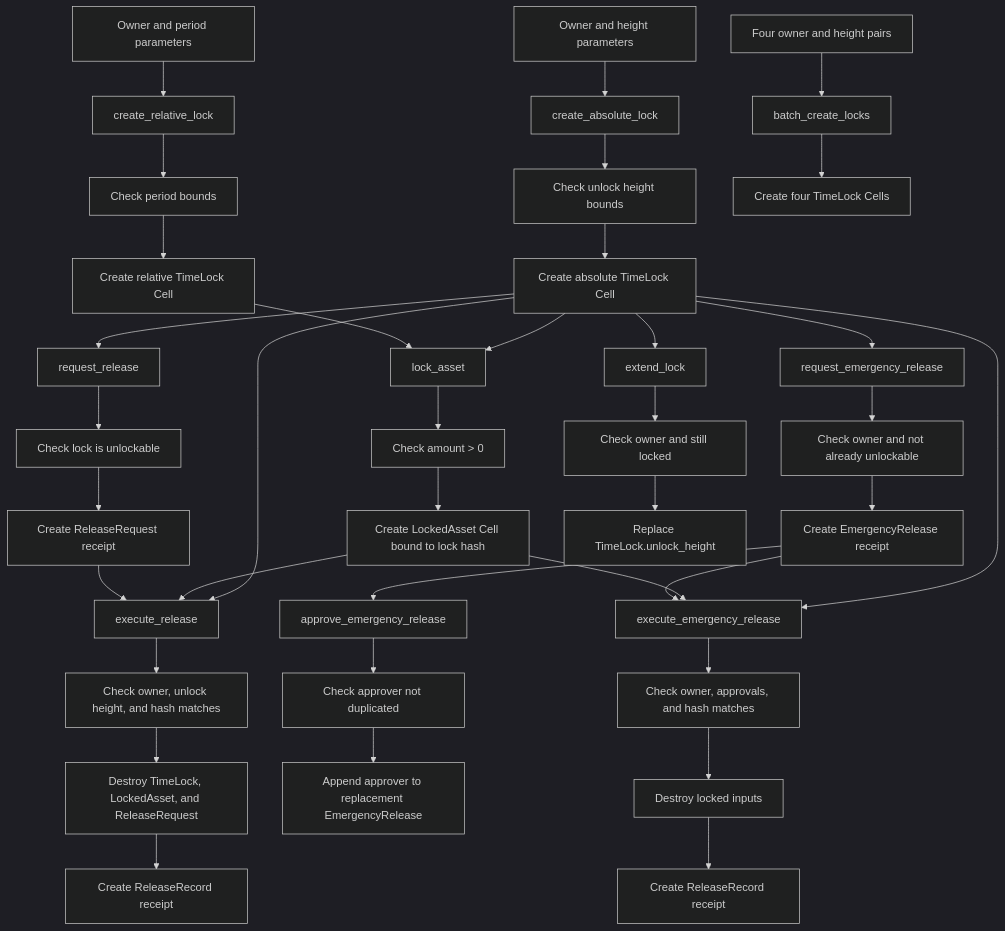
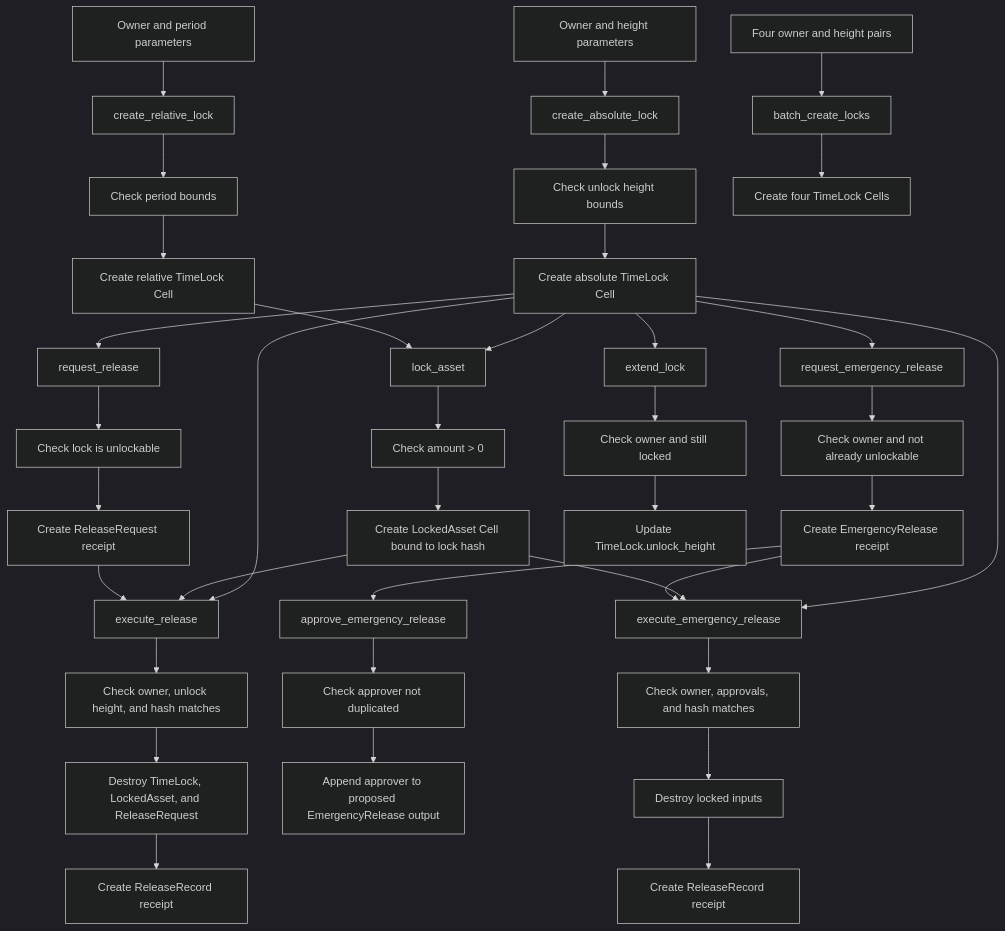
Before and after one commit to CellScript-Labs/CellScript: the eighth of 12 diagrams in docs/CELLSCRIPT_EXAMPLE_BUSINESS_FLOWS.md, drawn with Mermaid (dark theme). The commit also changed other lines of this file and 74 other files, not shown here.

````diff
--- a/docs/CELLSCRIPT_EXAMPLE_BUSINESS_FLOWS.md
+++ b/docs/CELLSCRIPT_EXAMPLE_BUSINESS_FLOWS.md
@@ -249,48 +249,48 @@
 ```mermaid
 flowchart TD
     A["Owner and height parameters"] --> B["create_absolute_lock"]
     B --> C["Check unlock height bounds"]
     C --> D["Create absolute TimeLock Cell"]
 
     E["Owner and period parameters"] --> F["create_relative_lock"]
     F --> G["Check period bounds"]
     G --> H["Create relative TimeLock Cell"]
 
     D --> I["lock_asset"]
     H --> I
     I --> J["Check amount > 0"]
     J --> K["Create LockedAsset Cell bound to lock hash"]
 
     D --> L["request_release"]
     L --> M["Check lock is unlockable"]
     M --> N["Create ReleaseRequest receipt"]
 
     D --> O["execute_release"]
     K --> O
     N --> O
     O --> P["Check owner, unlock height, and hash matches"]
     P --> Q["Destroy TimeLock, LockedAsset, and ReleaseRequest"]
     Q --> R["Create ReleaseRecord receipt"]
 
     D --> S["request_emergency_release"]
     S --> T["Check owner and not already unlockable"]
     T --> U["Create EmergencyRelease receipt"]
 
     U --> V["approve_emergency_release"]
     V --> W["Check approver not duplicated"]
-    W --> X["Append approver to replacement EmergencyRelease"]
+    W --> X["Append approver to proposed EmergencyRelease output"]
 
     D --> Y["execute_emergency_release"]
     K --> Y
     U --> Y
     Y --> Z["Check owner, approvals, and hash matches"]
     Z --> AA["Destroy locked inputs"]
     AA --> AB["Create ReleaseRecord receipt"]
 
     D --> AC["extend_lock"]
     AC --> AD["Check owner and still locked"]
-    AD --> AE["Replace TimeLock.unlock_height"]
+    AD --> AE["Update TimeLock.unlock_height"]
 
     AF["Four owner and height pairs"] --> AG["batch_create_locks"]
     AG --> AH["Create four TimeLock Cells"]
 ```
````
